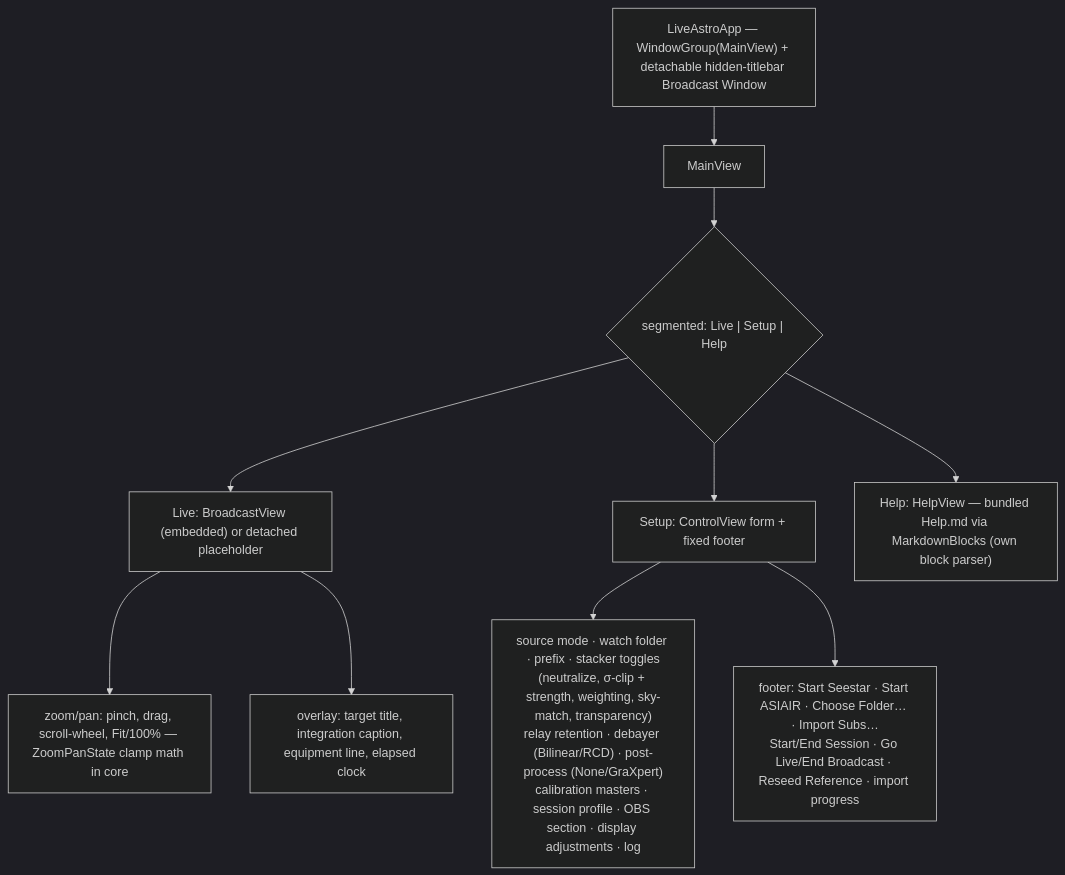
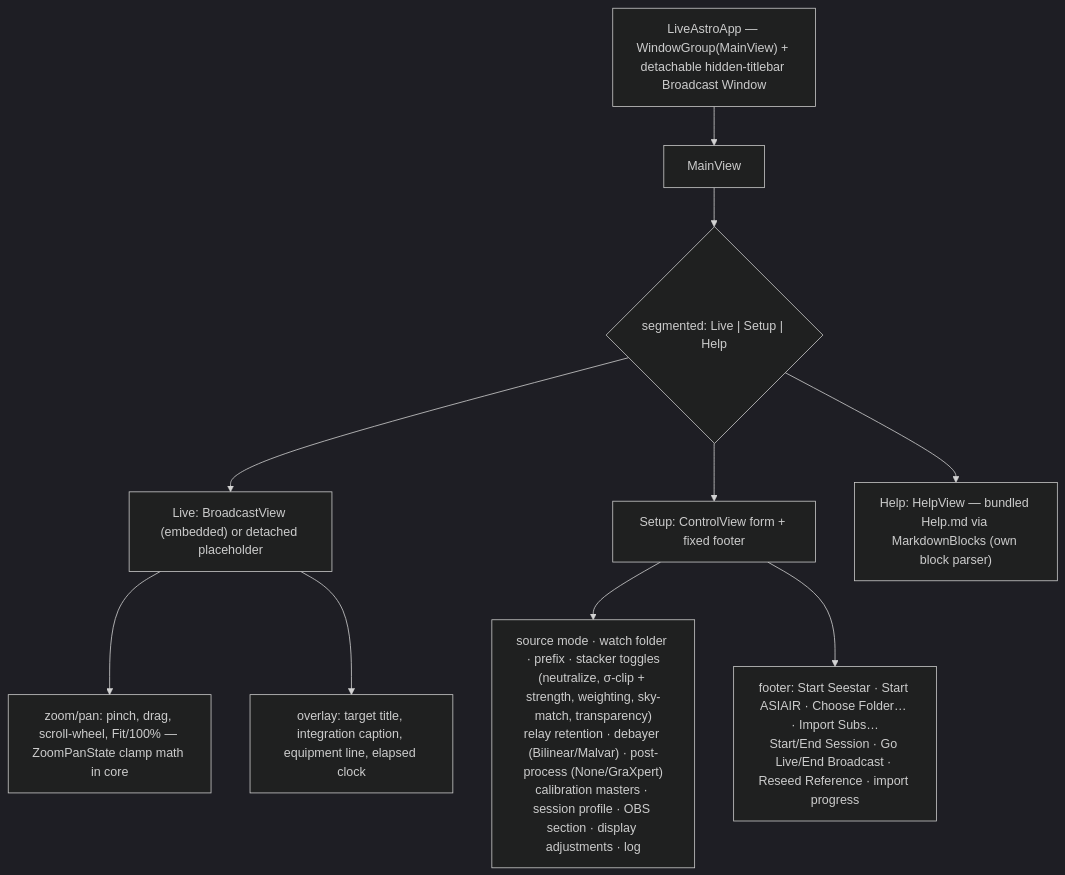
The fifth of 5 diagrams in ARCHITECTURE.md (paulydavis/liveastro-studio), drawn with Mermaid (dark theme) before and after one commit. The commit also changed other lines of this file and 6 other files, not shown here.

````diff
--- a/ARCHITECTURE.md
+++ b/ARCHITECTURE.md
@@ -281,12 +281,12 @@
 ```mermaid
 flowchart TB
     APP["LiveAstroApp — WindowGroup(MainView) + detachable hidden-titlebar Broadcast Window"] --> MAIN[MainView]
     MAIN --> TABS{"segmented: Live | Setup | Help"}
     TABS --> LIVE["Live: BroadcastView (embedded) or detached placeholder"]
     TABS --> SETUP["Setup: ControlView form + fixed footer"]
     TABS --> HELP["Help: HelpView — bundled Help.md via MarkdownBlocks (own block parser)"]
-    SETUP --> FORM["source mode · watch folder · prefix · stacker toggles\n(neutralize, σ-clip + strength, weighting, sky-match, transparency)\nrelay retention · debayer (Bilinear/RCD) · post-process (None/GraXpert)\ncalibration masters · session profile · OBS section · display adjustments · log"]
+    SETUP --> FORM["source mode · watch folder · prefix · stacker toggles\n(neutralize, σ-clip + strength, weighting, sky-match, transparency)\nrelay retention · debayer (Bilinear/Malvar) · post-process (None/GraXpert)\ncalibration masters · session profile · OBS section · display adjustments · log"]
     SETUP --> FOOT["footer: Start Seestar · Start ASIAIR · Choose Folder… · Import Subs…\nStart/End Session · Go Live/End Broadcast · Reseed Reference · import progress"]
     LIVE --> ZOOM["zoom/pan: pinch, drag, scroll-wheel, Fit/100% — ZoomPanState clamp math in core"]
     LIVE --> OVER["overlay: target title, integration caption, equipment line, elapsed clock"]
 ```
````
